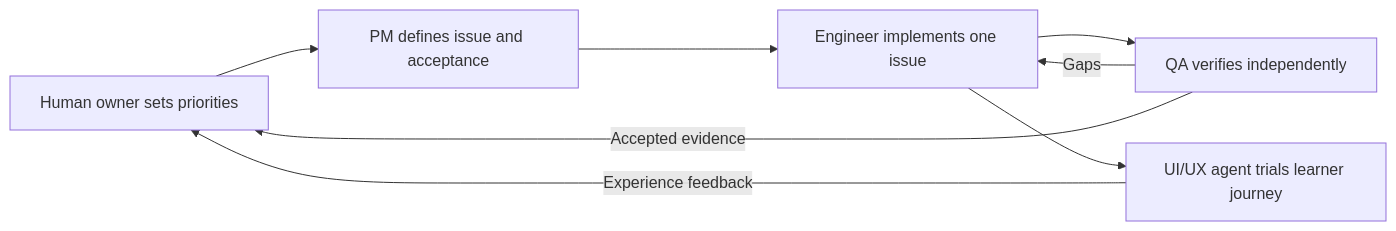
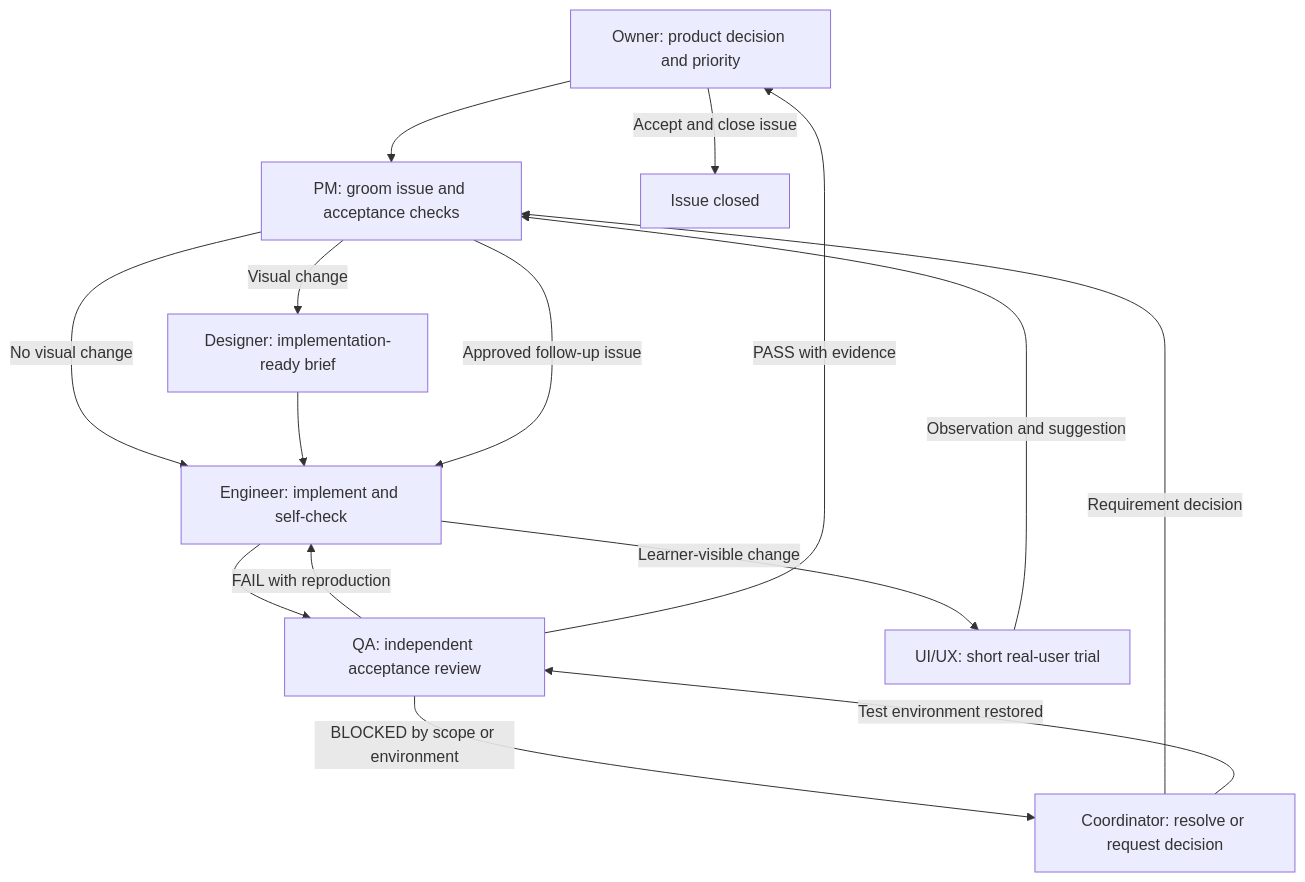
The diagram in docs/agent-team.md (IslamOuda85/Contexer-AI_Dev_Tools_Zoomcamp), drawn with Mermaid before and after one commit. The commit also changed other lines of this file and 10 other files, not shown here.

Commit message:
Define QA and designer roles with B-03 handoff graph

````diff
--- a/docs/agent-team.md
+++ b/docs/agent-team.md
@@ -25,10 +17,17 @@
 ```mermaid
-flowchart LR
-    Owner[Human owner sets priorities] --> PM[PM defines issue and acceptance]
-    PM --> Engineer[Engineer implements one issue]
-    Engineer --> QA[QA verifies independently]
-    Engineer --> UX[UI/UX agent trials learner journey]
-    QA -- Gaps --> Engineer
-    QA -- Accepted evidence --> Owner
-    UX -- Experience feedback --> Owner
+flowchart TD
+    Owner[Owner: product decision and priority] --> PM[PM: groom issue and acceptance checks]
+    PM -->|Visual change| Designer[Designer: implementation-ready brief]
+    PM -->|No visual change| Engineer[Engineer: implement and self-check]
+    Designer --> Engineer
+    Engineer --> QA[QA: independent acceptance review]
+    Engineer -->|Learner-visible change| UX[UI/UX: short real-user trial]
+    QA -->|FAIL with reproduction| Engineer
+    QA -->|BLOCKED by scope or environment| Coordinator[Coordinator: resolve or request decision]
+    Coordinator -->|Requirement decision| PM
+    Coordinator -->|Test environment restored| QA
+    QA -->|PASS with evidence| Owner
+    UX -->|Observation and suggestion| PM
+    PM -->|Approved follow-up issue| Engineer
+    Owner -->|Accept and close issue| Done[Issue closed]
 ```
````
